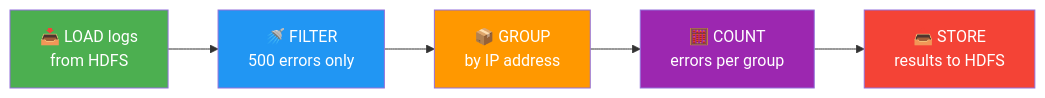
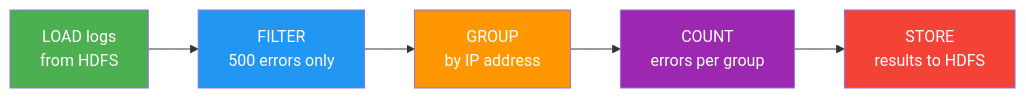
Before and after one commit to NK2552003/Big-Data-Survival-Guide: the first of 6 diagrams in UNITS/UNIT 4/unit-4-english-fun.md, drawn with Mermaid. The commit also changed other lines of this file and 78 other files, not shown here.

````diff
--- a/UNITS/UNIT 4/unit-4-english-fun.md
+++ b/UNITS/UNIT 4/unit-4-english-fun.md
@@ -177,13 +177,13 @@
 ```mermaid
 flowchart LR
-    A["📥 LOAD logs\nfrom HDFS"] --> B["🚿 FILTER\n500 errors only"]
-    B --> C["📦 GROUP\nby IP address"]
-    C --> D["🧮 COUNT\nerrors per group"]
-    D --> E["📤 STORE\nresults to HDFS"]
+ A[" LOAD logs\nfrom HDFS"] --> B[" FILTER\n500 errors only"]
+ B --> C[" GROUP\nby IP address"]
+ C --> D[" COUNT\nerrors per group"]
+ D --> E[" STORE\nresults to HDFS"]
 
-    style A fill:#4CAF50,color:#fff
-    style B fill:#2196F3,color:#fff
-    style C fill:#FF9800,color:#fff
-    style D fill:#9C27B0,color:#fff
-    style E fill:#F44336,color:#fff
+ style A fill:#4CAF50,color:#fff
+ style B fill:#2196F3,color:#fff
+ style C fill:#FF9800,color:#fff
+ style D fill:#9C27B0,color:#fff
+ style E fill:#F44336,color:#fff
 ```
````
